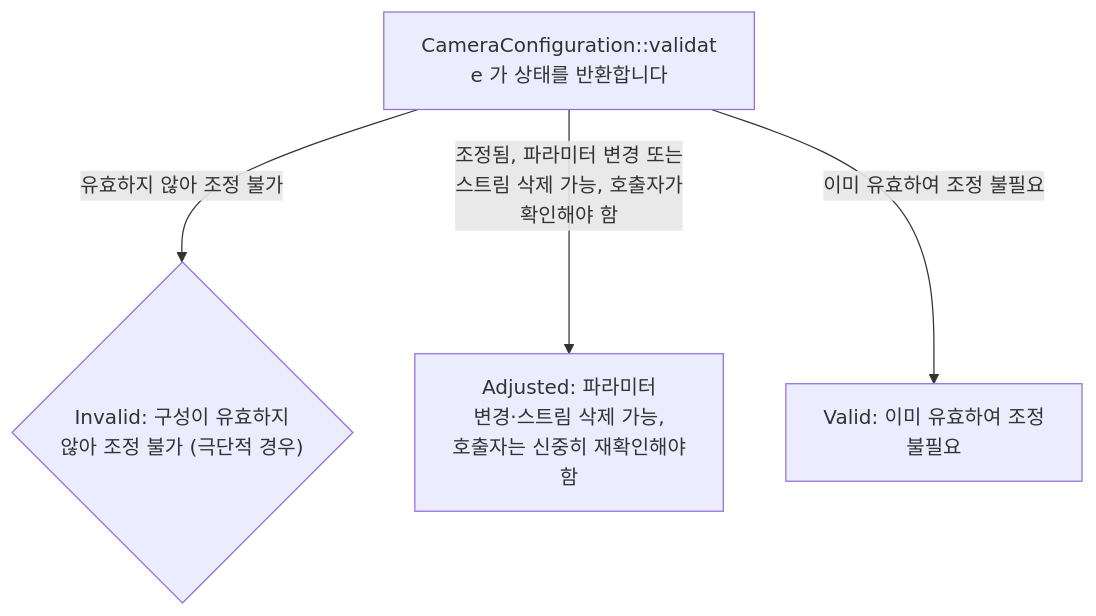
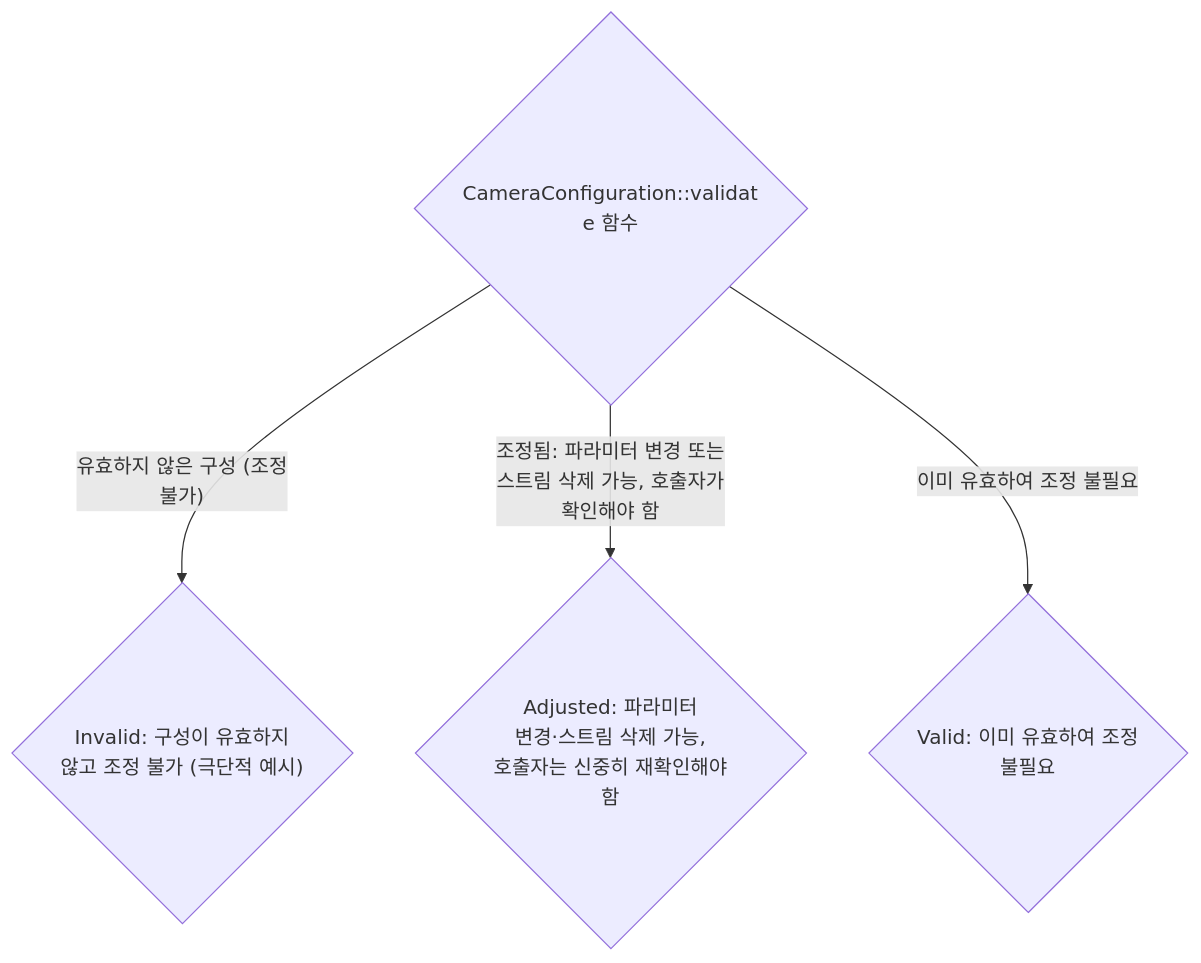
One commit to TTolsun/libcamera-sdd changed the first of 2 diagrams in docs/vendor-assurance.md. Above: the diagram before and after it, drawn with Mermaid. The commit also changed other lines of this file and 125 other files, not shown here.

````diff
--- a/docs/vendor-assurance.md
+++ b/docs/vendor-assurance.md
@@ -37,11 +38,11 @@
 ```mermaid
 flowchart TB
-%% sdd:translations {"Adjusted: 파라미터 <br/>변경·스트림 삭제 가능, <br/>호출자는 신중히 재확인해야 <br/>함": "Adjusted: parameters may <br/>have changed or streams <br/>removed; caller shall check <br/>carefully", "CameraConfiguration::validat<br/>e 가 상태를 반환합니다": "CameraConfiguration::validat<br/>e returns a status", "Invalid: 구성이 유효하지 <br/>않아 조정 불가 (극단적 경우)": "Invalid: configuration <br/>invalid and can&#x27;t be <br/>adjusted (extreme case)", "Valid: 이미 유효하여 조정 <br/>불필요": "Valid: configuration was <br/>already valid and hasn&#x27;t <br/>been adjusted", "유효하지 않아 조정 불가": "invalid and can&#x27;t be <br/>adjusted", "이미 유효하여 조정 불필요": "already valid and hasn&#x27;t <br/>been adjusted", "조정됨, 파라미터 변경 또는 <br/>스트림 삭제 가능, 호출자가 <br/>확인해야 함": "adjusted and now valid; <br/>parameters may have changed <br/>or streams removed; caller <br/>shall check"}
-  v_n0["CameraConfiguration::validat<br/>e 가 상태를 반환합니다"]
-  v_n1{"Invalid: 구성이 유효하지 <br/>않아 조정 불가 (극단적 경우)"}
-  v_n2["Adjusted: 파라미터 <br/>변경·스트림 삭제 가능, <br/>호출자는 신중히 재확인해야 <br/>함"]
-  v_n3["Valid: 이미 유효하여 조정 <br/>불필요"]
-  v_n0 -->|"유효하지 않아 조정 불가"| v_n1
-  v_n0 -->|"조정됨, 파라미터 변경 또는 <br/>스트림 삭제 가능, 호출자가 <br/>확인해야 함"| v_n2
+%% sdd:translations {"Adjusted: 파라미터 <br/>변경·스트림 삭제 가능, <br/>호출자는 신중히 재확인해야 <br/>함": "Adjusted: parameters may <br/>have changed or streams <br/>removed; caller shall check <br/>carefully", "CameraConfiguration::validat<br/>e 함수": "CameraConfiguration::validat<br/>e function", "Invalid: 구성이 유효하지 <br/>않고 조정 불가 (극단적 예시)": "Invalid: configuration is <br/>invalid and can&#x27;t be <br/>adjusted (extreme case)", "Valid: 이미 유효하여 조정 <br/>불필요": "Valid: configuration was <br/>already valid and hasn&#x27;t <br/>been adjusted", "유효하지 않은 구성 (조정 <br/>불가)": "Invalid configuration <br/>(cannot be adjusted)", "이미 유효하여 조정 불필요": "Already valid; no <br/>adjustment needed", "조정됨: 파라미터 변경 또는 <br/>스트림 삭제 가능, 호출자가 <br/>확인해야 함": "Adjusted: parameters may <br/>have changed or streams <br/>removed; caller shall check <br/>carefully"}
+  v_n0{"CameraConfiguration::validat<br/>e 함수"}
+  v_n1{"Invalid: 구성이 유효하지 <br/>않고 조정 불가 (극단적 예시)"}
+  v_n2{"Adjusted: 파라미터 <br/>변경·스트림 삭제 가능, <br/>호출자는 신중히 재확인해야 <br/>함"}
+  v_n3{"Valid: 이미 유효하여 조정 <br/>불필요"}
+  v_n0 -->|"유효하지 않은 구성 (조정 <br/>불가)"| v_n1
+  v_n0 -->|"조정됨: 파라미터 변경 또는 <br/>스트림 삭제 가능, 호출자가 <br/>확인해야 함"| v_n2
   v_n0 -->|"이미 유효하여 조정 불필요"| v_n3
 ```
````
